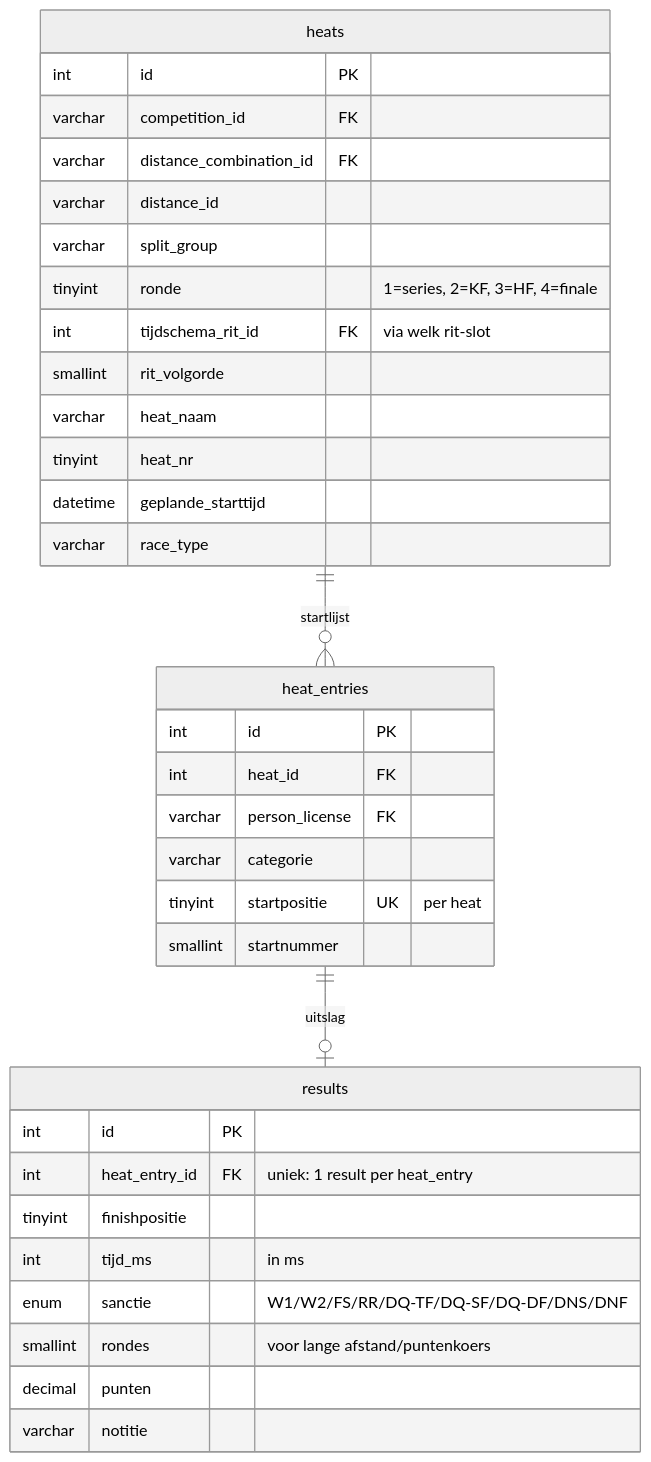
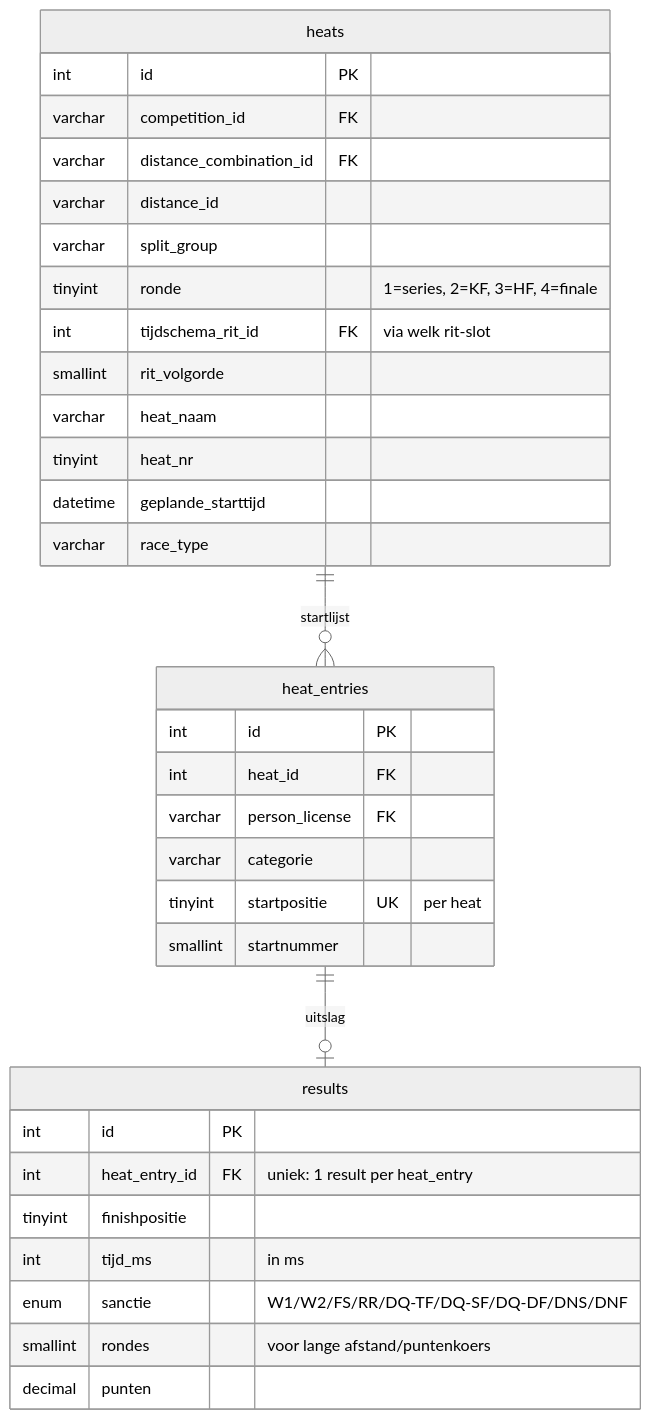
Before and after one commit to Joge10/inlinecomp: the fifth of 8 diagrams in docs/database-schema.md, drawn with Mermaid (neutral theme). The commit also changed 38 other files, not shown here.

````diff
--- a/docs/database-schema.md
+++ b/docs/database-schema.md
@@ -327,40 +327,39 @@
 ```mermaid
 erDiagram
     heats {
         int id PK
         varchar competition_id FK
         varchar distance_combination_id FK
         varchar distance_id
         varchar split_group
         tinyint ronde "1=series, 2=KF, 3=HF, 4=finale"
         int tijdschema_rit_id FK "via welk rit-slot"
         smallint rit_volgorde
         varchar heat_naam
         tinyint heat_nr
         datetime geplande_starttijd
         varchar race_type
     }
 
     heat_entries {
         int id PK
         int heat_id FK
         varchar person_license FK
         varchar categorie
         tinyint startpositie UK "per heat"
         smallint startnummer
     }
 
     results {
         int id PK
         int heat_entry_id FK "uniek: 1 result per heat_entry"
         tinyint finishpositie
         int tijd_ms "in ms"
         enum sanctie "W1/W2/FS/RR/DQ-TF/DQ-SF/DQ-DF/DNS/DNF"
         smallint rondes "voor lange afstand/puntenkoers"
         decimal punten
-        varchar notitie
     }
 
     heats        ||--o{ heat_entries : startlijst
     heat_entries ||--o| results      : uitslag
 ```
````
